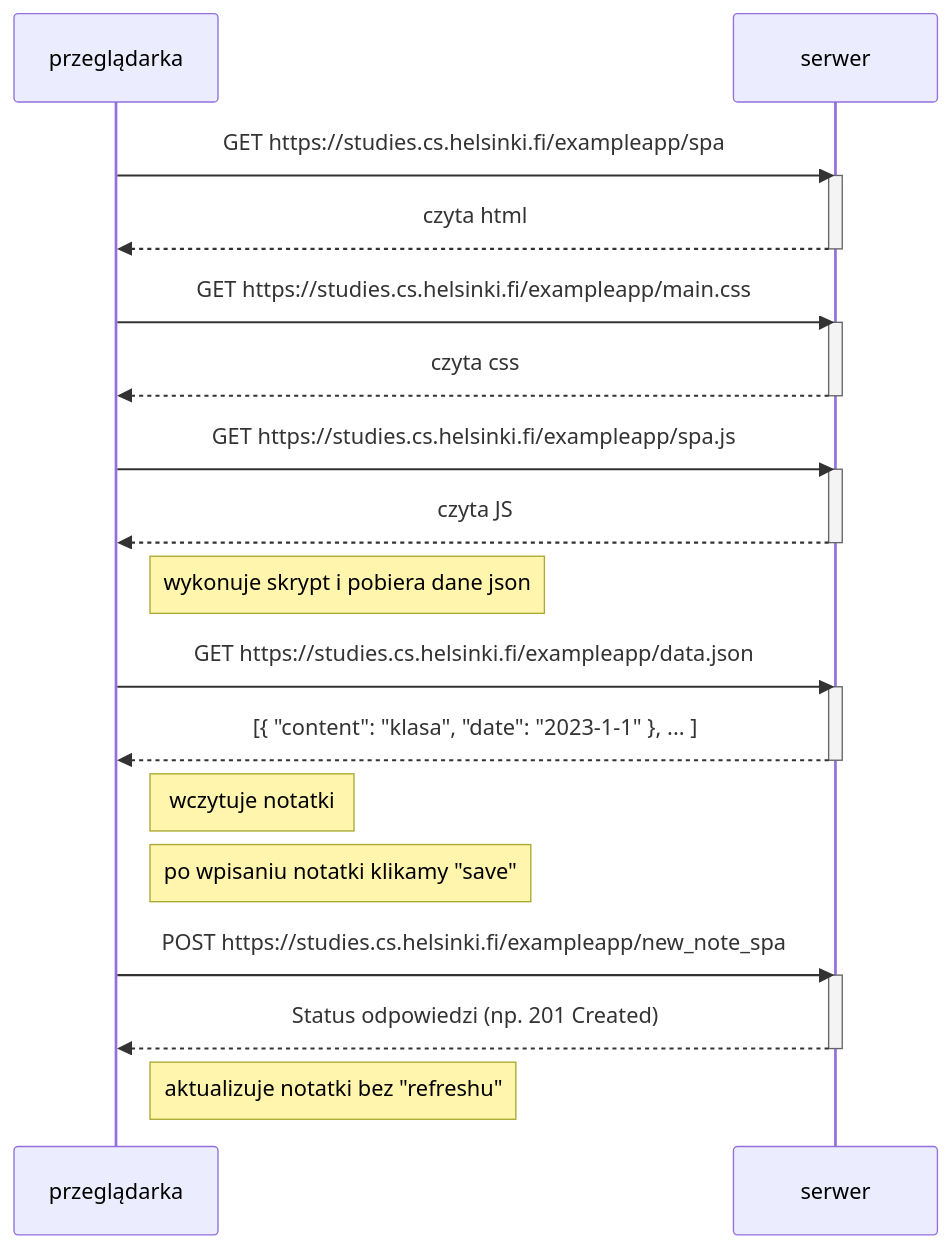
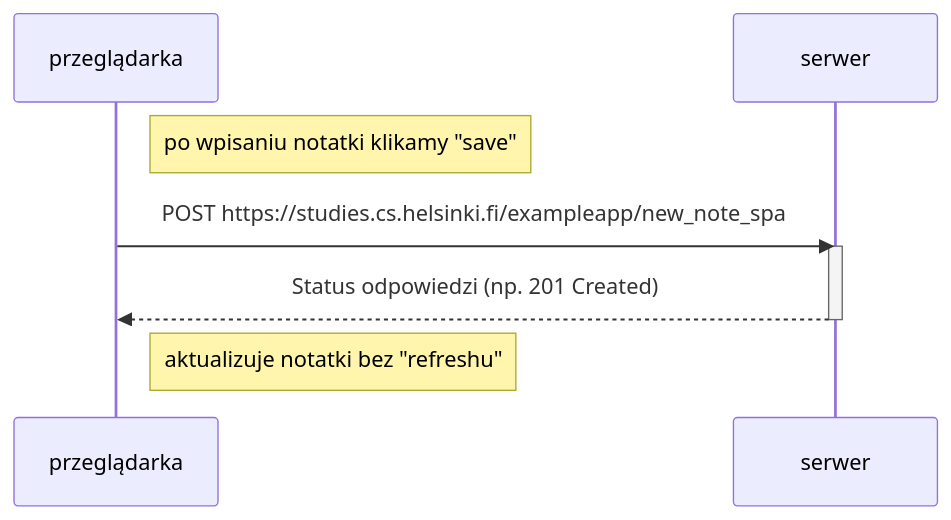
One commit to Layer2843/my-repo changed the diagram in Part0/zad0-6.mmd. Above: the diagram before and after it, drawn with Mermaid.

```diff
--- a/Part0/zad0-6.mmd
+++ b/Part0/zad0-6.mmd
@@ -1,36 +1,12 @@
 sequenceDiagram
     participant przeglądarka
     participant serwer
-
-    przeglądarka->>serwer: GET https://studies.cs.helsinki.fi/exampleapp/spa
-    activate serwer
-    serwer-->>przeglądarka: czyta html
-    deactivate serwer
-
-    przeglądarka->>serwer: GET https://studies.cs.helsinki.fi/exampleapp/main.css
-    activate serwer
-    serwer-->>przeglądarka: czyta css
-    deactivate serwer
-
-    przeglądarka->>serwer: GET https://studies.cs.helsinki.fi/exampleapp/spa.js
-    activate serwer
-    serwer-->>przeglądarka: czyta JS
-    deactivate serwer
-
-    Note right of przeglądarka: wykonuje skrypt i pobiera dane json
-
-    przeglądarka->>serwer: GET https://studies.cs.helsinki.fi/exampleapp/data.json
-    activate serwer
-    serwer-->>przeglądarka: [{ "content": "klasa", "date": "2023-1-1" }, ... ]
-    deactivate serwer
-
-    Note right of przeglądarka: wczytuje notatki
 
     Note right of przeglądarka: po wpisaniu notatki klikamy "save"
 
     przeglądarka->>serwer: POST https://studies.cs.helsinki.fi/exampleapp/new_note_spa
     activate serwer
     serwer-->>przeglądarka: Status odpowiedzi (np. 201 Created)
     deactivate serwer
 
     Note right of przeglądarka: aktualizuje notatki bez "refreshu"
```
